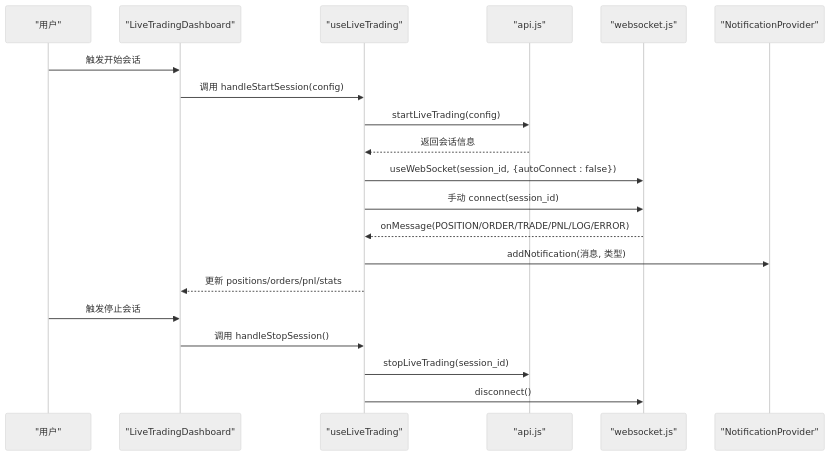
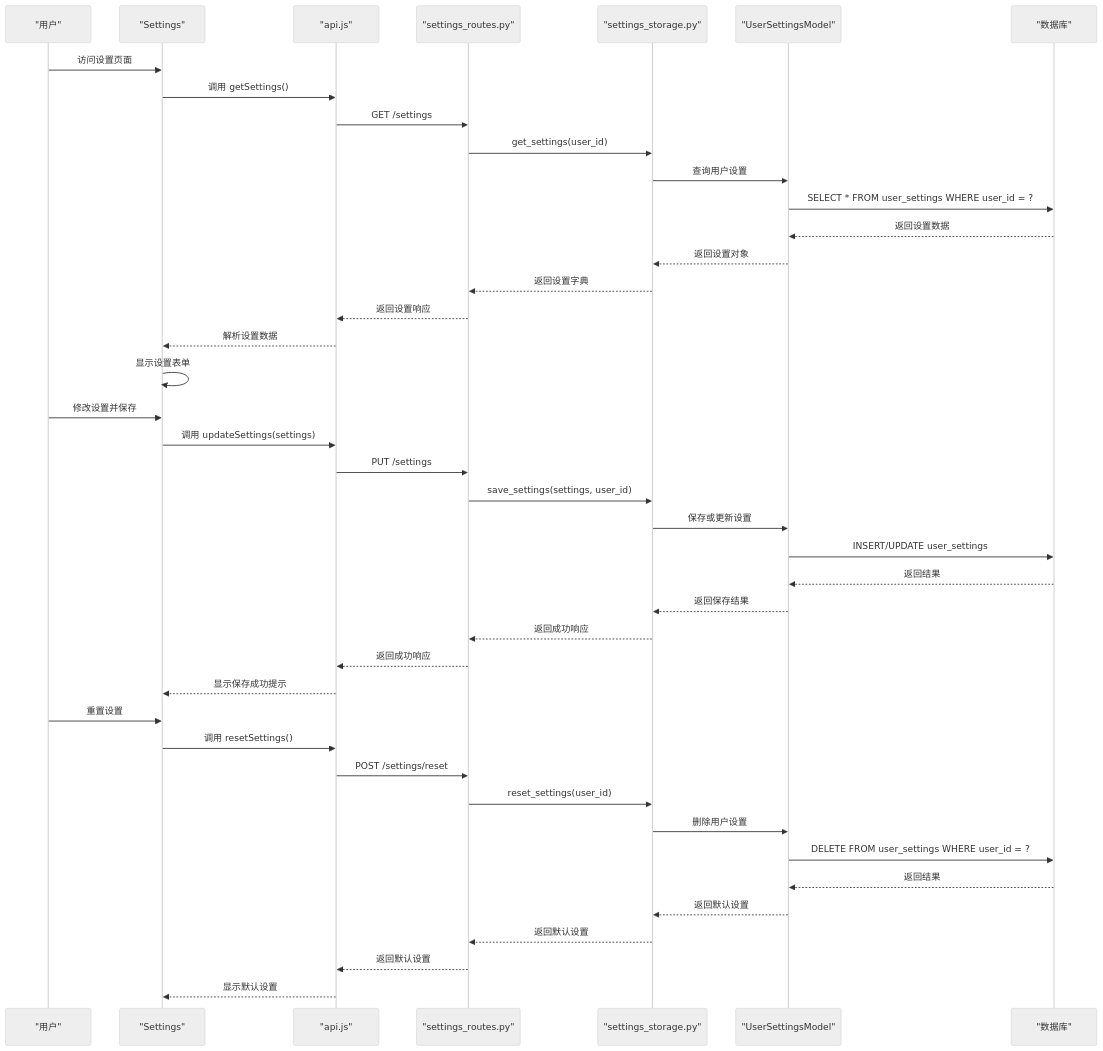
Before and after one commit to faryhuo/backtrader: the second of 4 diagrams in .qoder/repowiki/zh/content/前端架构/状态管理.md, drawn with Mermaid (neutral theme). The commit also changed other lines of this file and 17 other files, not shown here.

````diff
--- a/.qoder/repowiki/zh/content/前端架构/状态管理.md
+++ b/.qoder/repowiki/zh/content/前端架构/状态管理.md
@@ -124,22 +171,44 @@
 ```mermaid
 sequenceDiagram
 participant U as "用户"
-participant LT as "LiveTradingDashboard"
-participant UL as "useLiveTrading"
+participant ST as "Settings"
 participant API as "api.js"
-participant WS as "websocket.js"
-participant NP as "NotificationProvider"
-U->>LT : 触发开始会话
-LT->>UL : 调用 handleStartSession(config)
-UL->>API : startLiveTrading(config)
-API-->>UL : 返回会话信息
-UL->>WS : useWebSocket(session_id, {autoConnect : false})
-UL->>WS : 手动 connect(session_id)
-WS-->>UL : onMessage(POSITION/ORDER/TRADE/PNL/LOG/ERROR)
-UL->>NP : addNotification(消息, 类型)
-UL-->>LT : 更新 positions/orders/pnl/stats
-U->>LT : 触发停止会话
-LT->>UL : 调用 handleStopSession()
-UL->>API : stopLiveTrading(session_id)
-UL->>WS : disconnect()
+participant SR as "settings_routes.py"
+participant SS as "settings_storage.py"
+participant UM as "UserSettingsModel"
+participant DB as "数据库"
+U->>ST : 访问设置页面
+ST->>API : 调用 getSettings()
+API->>SR : GET /settings
+SR->>SS : get_settings(user_id)
+SS->>UM : 查询用户设置
+UM->>DB : SELECT * FROM user_settings WHERE user_id = ?
+DB-->>UM : 返回设置数据
+UM-->>SS : 返回设置对象
+SS-->>SR : 返回设置字典
+SR-->>API : 返回设置响应
+API-->>ST : 解析设置数据
+ST->>ST : 显示设置表单
+U->>ST : 修改设置并保存
+ST->>API : 调用 updateSettings(settings)
+API->>SR : PUT /settings
+SR->>SS : save_settings(settings, user_id)
+SS->>UM : 保存或更新设置
+UM->>DB : INSERT/UPDATE user_settings
+DB-->>UM : 返回结果
+UM-->>SS : 返回保存结果
+SS-->>SR : 返回成功响应
+SR-->>API : 返回成功响应
+API-->>ST : 显示保存成功提示
+U->>ST : 重置设置
+ST->>API : 调用 resetSettings()
+API->>SR : POST /settings/reset
+SR->>SS : reset_settings(user_id)
+SS->>UM : 删除用户设置
+UM->>DB : DELETE FROM user_settings WHERE user_id = ?
+DB-->>UM : 返回结果
+UM-->>SS : 返回默认设置
+SS-->>SR : 返回默认设置
+SR-->>API : 返回默认设置
+API-->>ST : 显示默认设置
 ```
````
